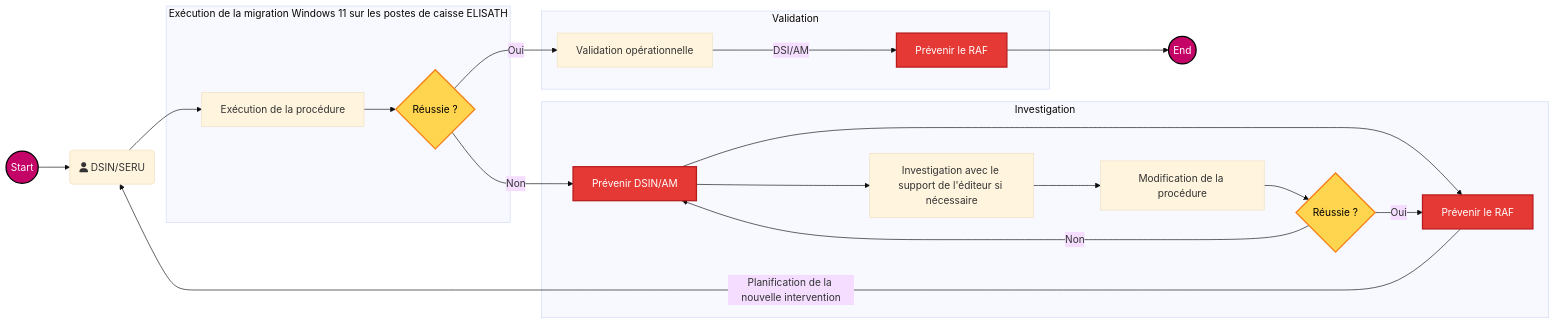
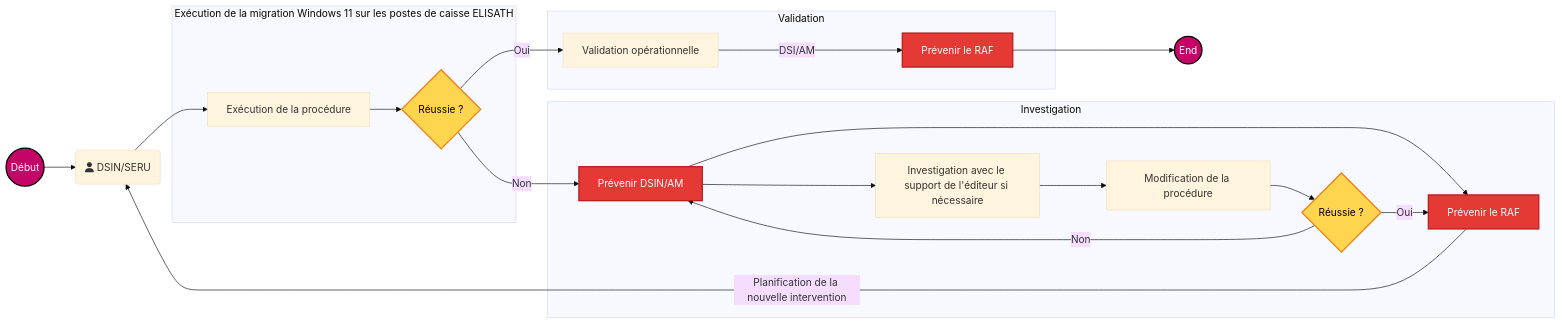
Before and after one commit to fdadda/iodraw-files: the diagram in all/Flux de validation.md, drawn with Mermaid.

Commit message:
2026-05-12 10:18:48 update

````diff
--- a/all/Flux de validation.md
+++ b/all/Flux de validation.md
@@ -1,51 +1,51 @@
 ```mermaid
 %%{init: {
   "theme":"base",
   "themeVariables": { "fontSize":"16px" },
   "themeCSS": ".nodeLabel{font-weight:700;} .edgeLabel{font-weight:700;}"
 }}%%
 flowchart LR
 
-    start((Start)) --> A
+    start((Début)) --> A
     A(fa:fa-user DSIN/SERU) --> B[Exécution de la procédure]
 
     subgraph Exécution de la migration Windows 11 sur les postes de caisse ELISATH
         B --> C{Réussie ?}
     end
 
     subgraph Validation
         C -->|Oui| D[Validation opérationnelle]
         D -->|DSI/AM| J[Prévenir le RAF]
     end
 
     J --> End((End))
 
     subgraph Investigation
         C -->|Non| E[Prévenir DSIN/AM]
         E --> F[Prévenir le RAF]
         E --> G[Investigation avec le support de l'éditeur si nécessaire]
         G --> H[Modification de la procédure]
         H --> I{Réussie ?}
         I -->|Oui| F
         I -->|Non| E
     end
 
     F -->|Planification de la nouvelle intervention| A
 
     %% --- STYLES ---
     classDef StartEndPoint fill:#c40466,stroke:#000,color:#fff,stroke-width:2px;
     classDef decision      fill:#ffd54f,stroke:#f57f17,color:#000,stroke-width:2px;
     classDef error         fill:#e53935,stroke:#b71c1c,color:#fff,stroke-width:2px;
 
     %% --- AFFECTATION DES CLASSES ---
     class start,End StartEndPoint;
     class C,I decision;
     class E,F,J error;
 
     %% --- Coide couleur ---
     %% Bleu marine #000080 un peu plus doux
     %% Midnight blue #191970 bleu nuit profond 
     %% Bleu foncé intense #080F70 plus “design”, légèrement grisé 
     %% Bleu foncé moderne #111184 un peu plus lumineux 
 
 ```
````
